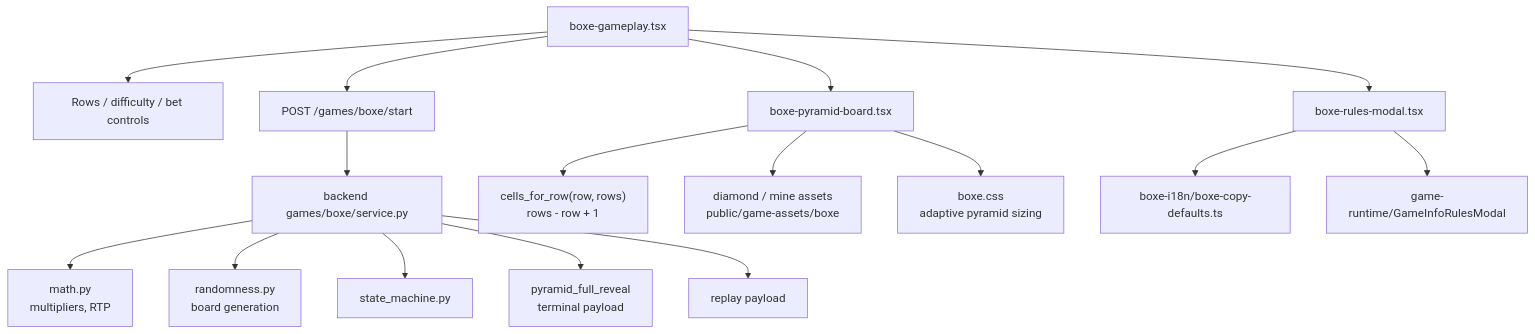
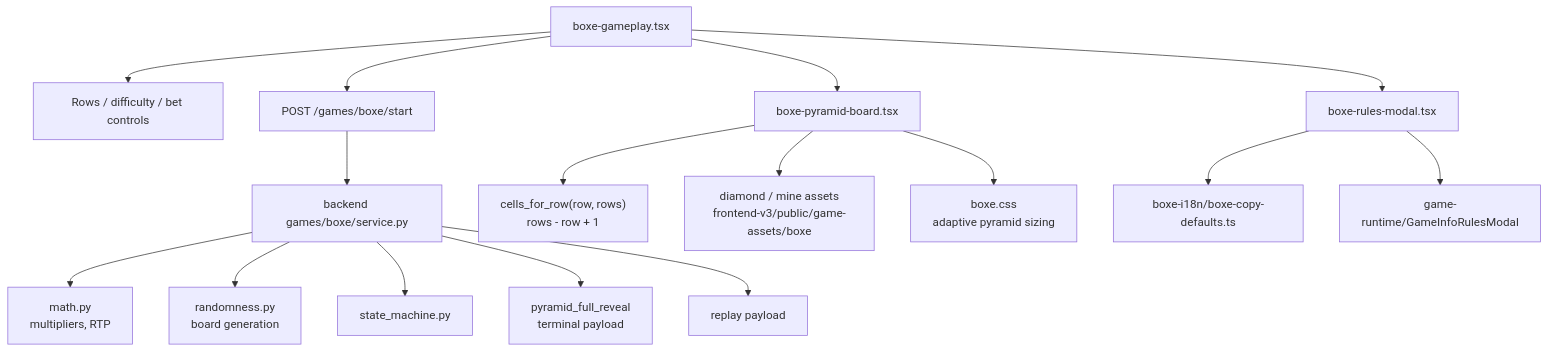
One commit to moromike/casinoking-platform changed the ninth of 11 diagrams in docs/CODE_ARCHITECTURE_MERMAID_MAP_2026-05-22.md. Above: the diagram before and after it, drawn with Mermaid. The commit also changed other lines of this file and 24 other files, not shown here.

````diff
--- a/docs/CODE_ARCHITECTURE_MERMAID_MAP_2026-05-22.md
+++ b/docs/CODE_ARCHITECTURE_MERMAID_MAP_2026-05-22.md
@@ -515,20 +515,20 @@
 ```mermaid
 flowchart TB
   BoxeUI["boxe-gameplay.tsx"] --> Settings["Rows / difficulty / bet controls"]
   BoxeUI --> Start["POST /games/boxe/start"]
   Start --> BoxeService["backend games/boxe/service.py"]
   BoxeService --> Math["math.py<br/>multipliers, RTP"]
   BoxeService --> Randomness["randomness.py<br/>board generation"]
   BoxeService --> State["state_machine.py"]
   BoxeService --> Reveal["pyramid_full_reveal<br/>terminal payload"]
   BoxeService --> Replay["replay payload"]
 
   BoxeUI --> Board["boxe-pyramid-board.tsx"]
   Board --> Geometry["cells_for_row(row, rows)<br/>rows - row + 1"]
-  Board --> Assets["diamond / mine assets<br/>public/game-assets/boxe"]
+  Board --> Assets["diamond / mine assets<br/>frontend-v3/public/game-assets/boxe"]
   Board --> CSS["boxe.css<br/>adaptive pyramid sizing"]
 
   BoxeUI --> Info["boxe-rules-modal.tsx"]
   Info --> Copy["boxe-i18n/boxe-copy-defaults.ts"]
   Info --> SharedInfo["game-runtime/GameInfoRulesModal"]
 ```
````
